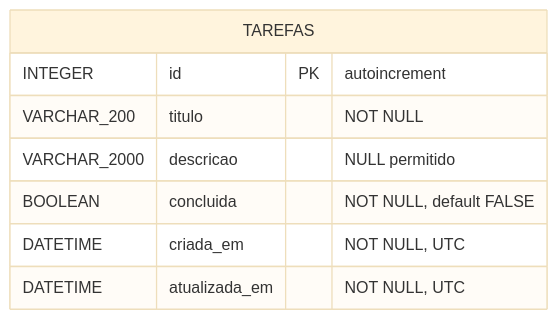
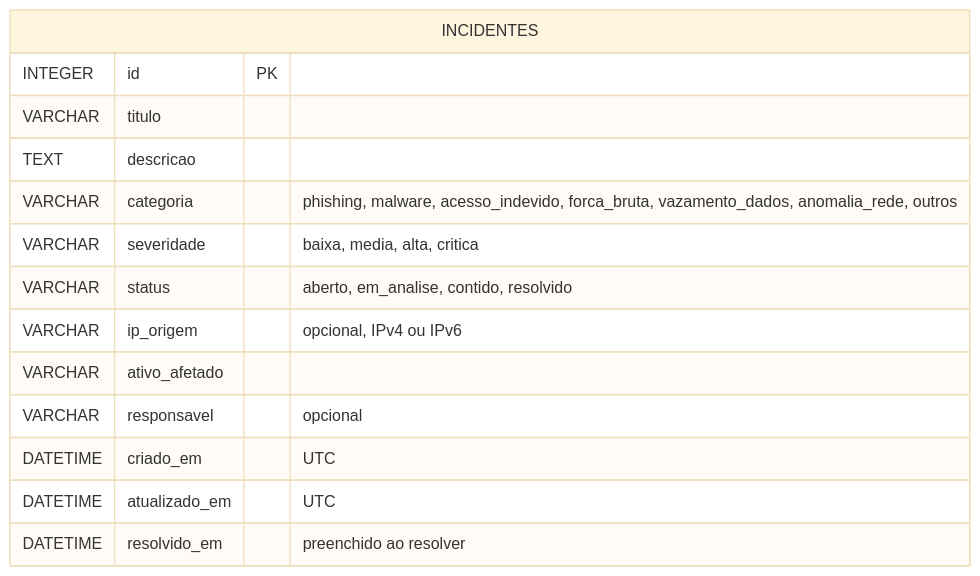
One commit to brenoaveiro/api-tarefas-fastapi-sqlite-azure changed the diagram in docs/diagramas/03-modelo-entidade-relacionamento.md. Above: the diagram before and after it, drawn with Mermaid (base theme). The commit also changed other lines of this file and 15 other files, not shown here.

Commit message:
feat(i18n): textos da interface, API e Swagger em portugues com acentos; diagramas atualizados

````diff
--- a/docs/diagramas/03-modelo-entidade-relacionamento.md
+++ b/docs/diagramas/03-modelo-entidade-relacionamento.md
@@ -6,11 +3,17 @@
 ```mermaid
 erDiagram
-    TAREFAS {
-        INTEGER id PK "autoincrement"
-        VARCHAR_200 titulo "NOT NULL"
-        VARCHAR_2000 descricao "NULL permitido"
-        BOOLEAN concluida "NOT NULL, default FALSE"
-        DATETIME criada_em "NOT NULL, UTC"
-        DATETIME atualizada_em "NOT NULL, UTC"
+    INCIDENTES {
+        INTEGER id PK
+        VARCHAR titulo
+        TEXT descricao
+        VARCHAR categoria "phishing, malware, acesso_indevido, forca_bruta, vazamento_dados, anomalia_rede, outros"
+        VARCHAR severidade "baixa, media, alta, critica"
+        VARCHAR status "aberto, em_analise, contido, resolvido"
+        VARCHAR ip_origem "opcional, IPv4 ou IPv6"
+        VARCHAR ativo_afetado
+        VARCHAR responsavel "opcional"
+        DATETIME criado_em "UTC"
+        DATETIME atualizado_em "UTC"
+        DATETIME resolvido_em "preenchido ao resolver"
     }
 ```
````
